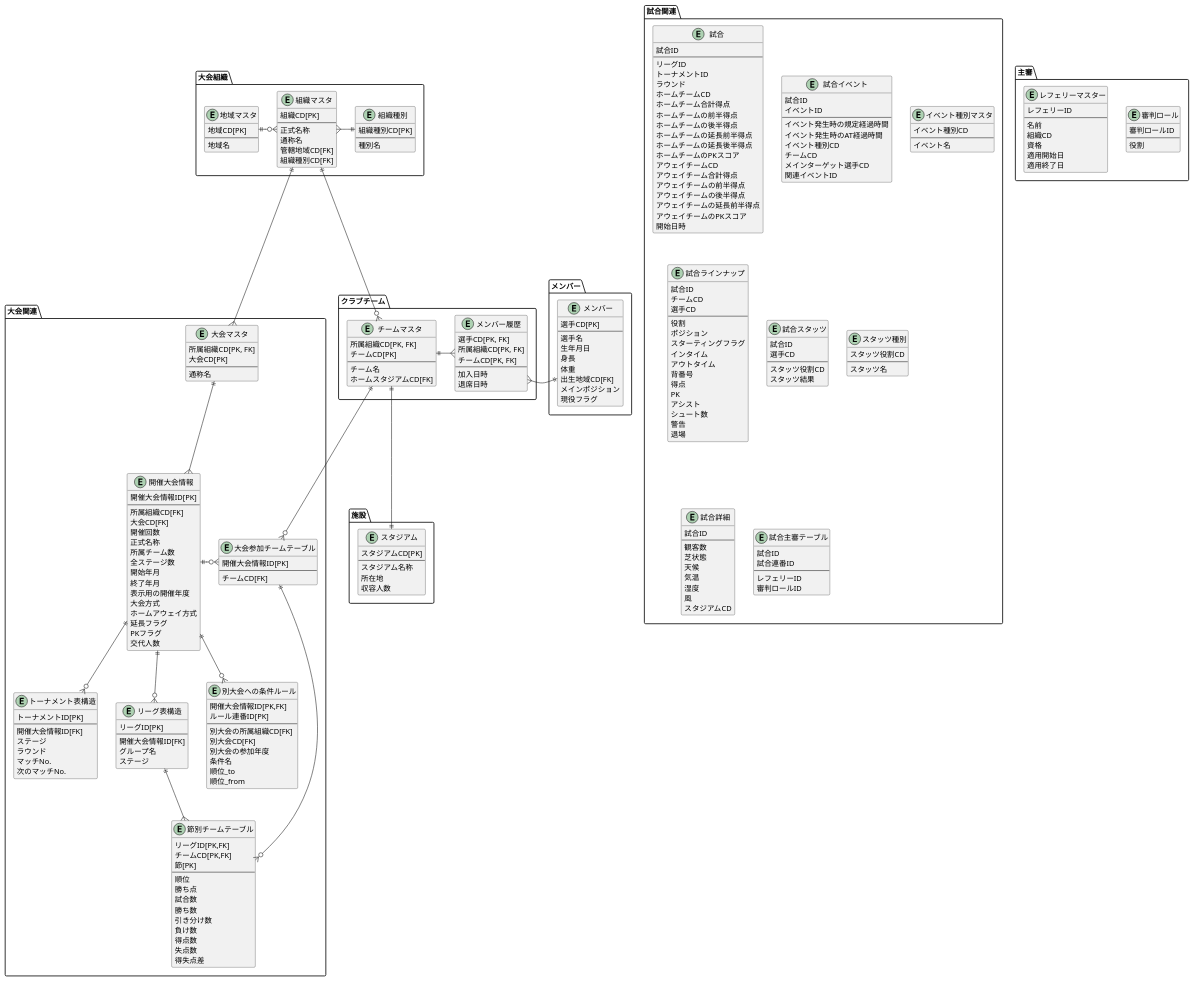
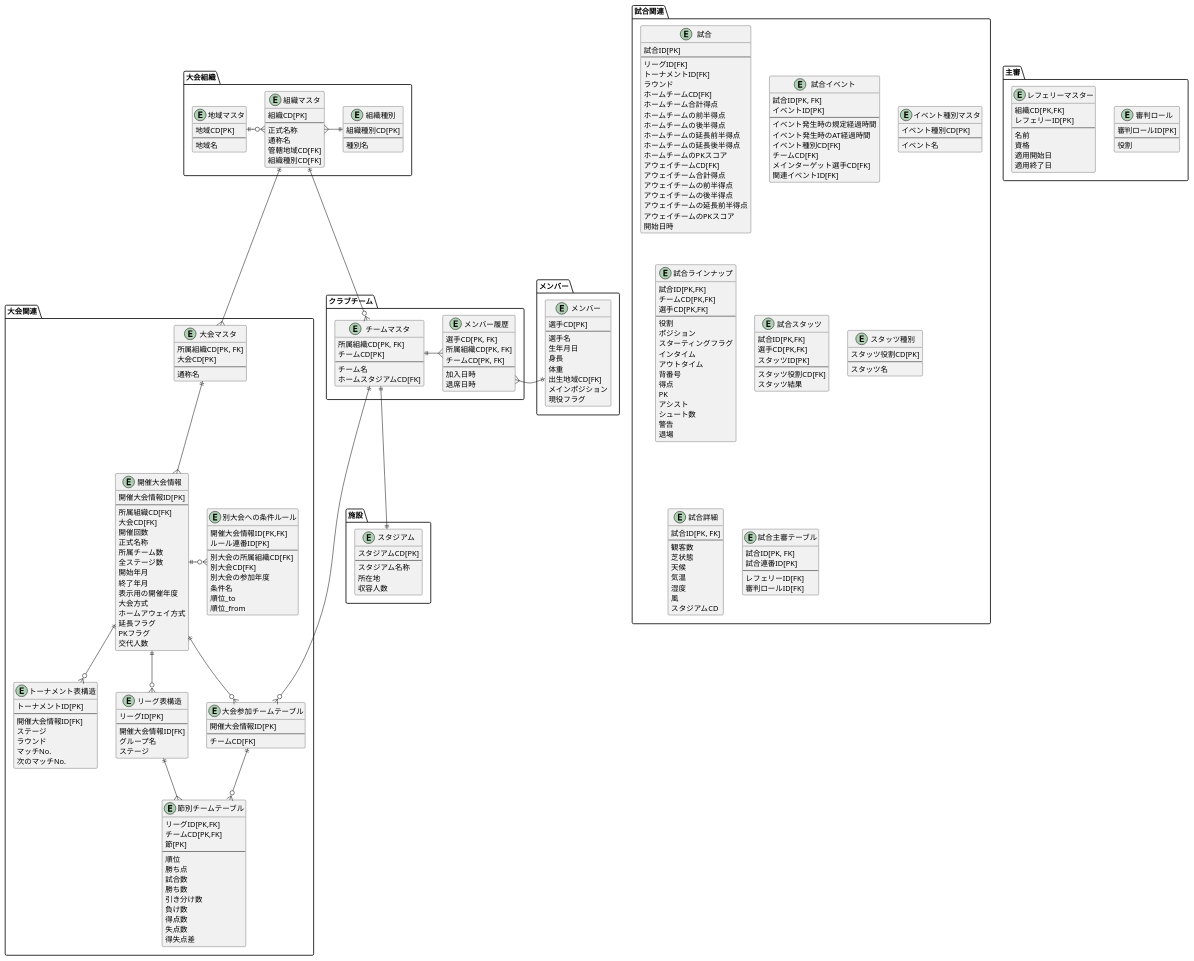
The diagram in soccker_db.puml (LCC-SYamada/SocckerDB_PlantUML), drawn with PlantUML before and after one commit.

Commit message:
その他主審や試合の主キーや外部キーを設定

```diff
--- a/soccker_db.puml
+++ b/soccker_db.puml
@@ -148,19 +148,19 @@
 
 Package "試合関連" {
   Entity "試合" as Match {
-    試合ID
+    試合ID[PK]
     --
-    リーグID
-    トーナメントID
+    リーグID[FK]
+    トーナメントID[FK]
     ラウンド
-    ホームチームCD
+    ホームチームCD[FK]
     ホームチーム合計得点
     ホームチームの前半得点
     ホームチームの後半得点
     ホームチームの延長前半得点
     ホームチームの延長後半得点
     ホームチームのPKスコア
-    アウェイチームCD
+    アウェイチームCD[FK]
     アウェイチーム合計得点
     アウェイチームの前半得点
     アウェイチームの後半得点
@@ -170,27 +170,27 @@
   }
 
   Entity "試合イベント" as MatchEvent {
-    試合ID
-    イベントID
+    試合ID[PK, FK]
+    イベントID[PK]
     --
     イベント発生時の規定経過時間
     イベント発生時のAT経過時間
-    イベント種別CD
-    チームCD
-    メインターゲット選手CD
-    関連イベントID
+    イベント種別CD[FK]
+    チームCD[FK]
+    メインターゲット選手CD[FK]
+    関連イベントID[FK]
   }
 
   Entity "イベント種別マスタ" as EventCategory {
-    イベント種別CD
+    イベント種別CD[PK]
     --
     イベント名
   }
 
   Entity "試合ラインナップ" as MatchLineup {
-    試合ID
-    チームCD
-    選手CD
+    試合ID[PK,FK]
+    チームCD[PK,FK]
+    選手CD[PK,FK]
     --
     役割
     ポジション
@@ -207,21 +207,22 @@
   }
 
   Entity "試合スタッツ" as MatchStats {
-    試合ID
-    選手CD
+    試合ID[PK,FK]
+    選手CD[PK,FK]
+    スタッツID[PK]
     --
-    スタッツ役割CD
+    スタッツ役割CD[FK]
     スタッツ結果
   }
 
   Entity "スタッツ種別" as StatsCategory {
-    スタッツ役割CD
+    スタッツ役割CD[PK]
     --
     スタッツ名
   }
 
   Entity "試合詳細" as MatchInfo {
-    試合ID
+    試合ID[PK, FK]
     --
     観客数
     芝状態
@@ -233,26 +234,26 @@
   }
 
   Entity "試合主審テーブル" as MatchReferee {
-    試合ID
-    試合連番ID
+    試合ID[PK, FK]
+    試合連番ID[PK]
     --
-    レフェリーID
-    審判ロールID
+    レフェリーID[FK]
+    審判ロールID[FK]
   }
 }
 
 Package "主審" {
   Entity "審判ロール" as RefereeRole {
-    審判ロールID
+    審判ロールID[PK]
     --
     役割
   }
 
   Entity "レフェリーマスター" as Referee {
-    レフェリーID
+    組織CD[PK,FK]
+    レフェリーID[PK]
     --
     名前
-    組織CD
     資格
     適用開始日
     適用終了日
@@ -267,10 +268,10 @@
 Member ||-l-{ MemberHistory
 Organization ||--{ Tournament
 Tournament ||-d-{ TournamentInfo
-TournamentInfo ||--o{ TournamentDetail
-TournamentInfo ||--o{ TournamentTable
-TournamentInfo ||--o{ LeagueTable
-TournamentInfo ||-r-o{ TournamentParticipant
+TournamentInfo ||-r-o{ TournamentDetail
+TournamentInfo ||-d-o{ TournamentTable
+TournamentInfo ||-d-o{ LeagueTable
+TournamentInfo ||-d-o{ TournamentParticipant
 Team ||-r-o{ TournamentParticipant 
 LeagueTable ||--{ MatchDayRank
 TournamentParticipant||--o{ MatchDayRank
```
